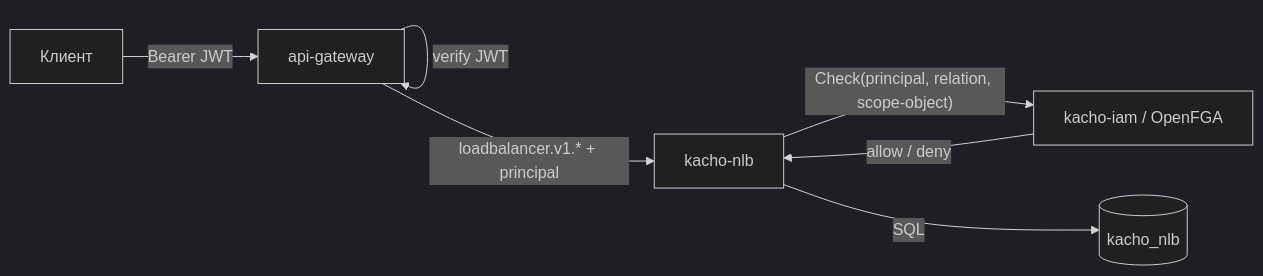
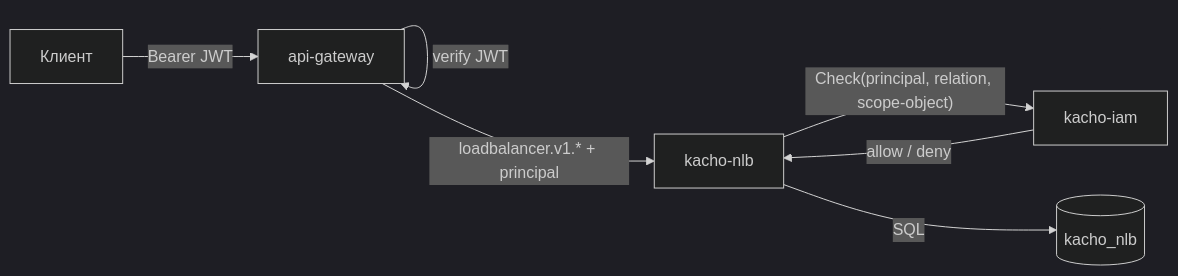
One commit to PRO-Robotech/kacho changed the diagram in services/nlb/docs/content/architecture/authz.mdx. Above: the diagram before and after it, drawn with Mermaid (dark theme). The commit also changed other lines of this file and 589 other files, not shown here.

````diff
--- a/services/nlb/docs/content/architecture/authz.mdx
+++ b/services/nlb/docs/content/architecture/authz.mdx
@@ -46,9 +46,9 @@
 ```mermaid
 flowchart LR
   cli["Клиент"] -->|"Bearer JWT"| agw["api-gateway"]
   agw -->|"verify JWT"| agw
   agw -->|"loadbalancer.v1.* + principal"| nlb["kacho-nlb"]
-  nlb -->|"Check(principal, relation, scope-object)"| iam["kacho-iam / OpenFGA"]
+  nlb -->|"Check(principal, relation, scope-object)"| iam["kacho-iam"]
   iam -->|"allow / deny"| nlb
   nlb -->|"SQL"| pg[("kacho_nlb")]
 ```
````
